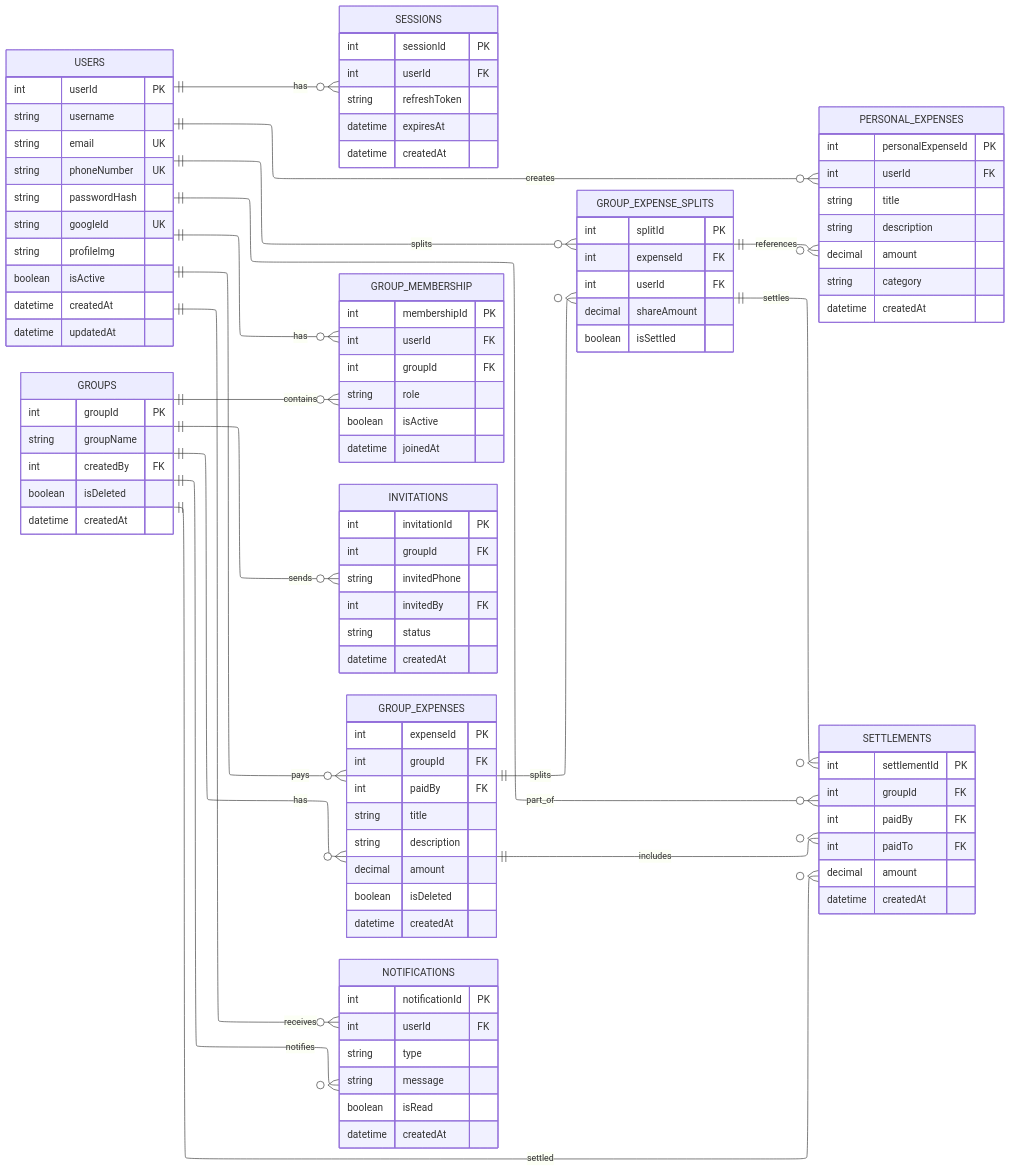
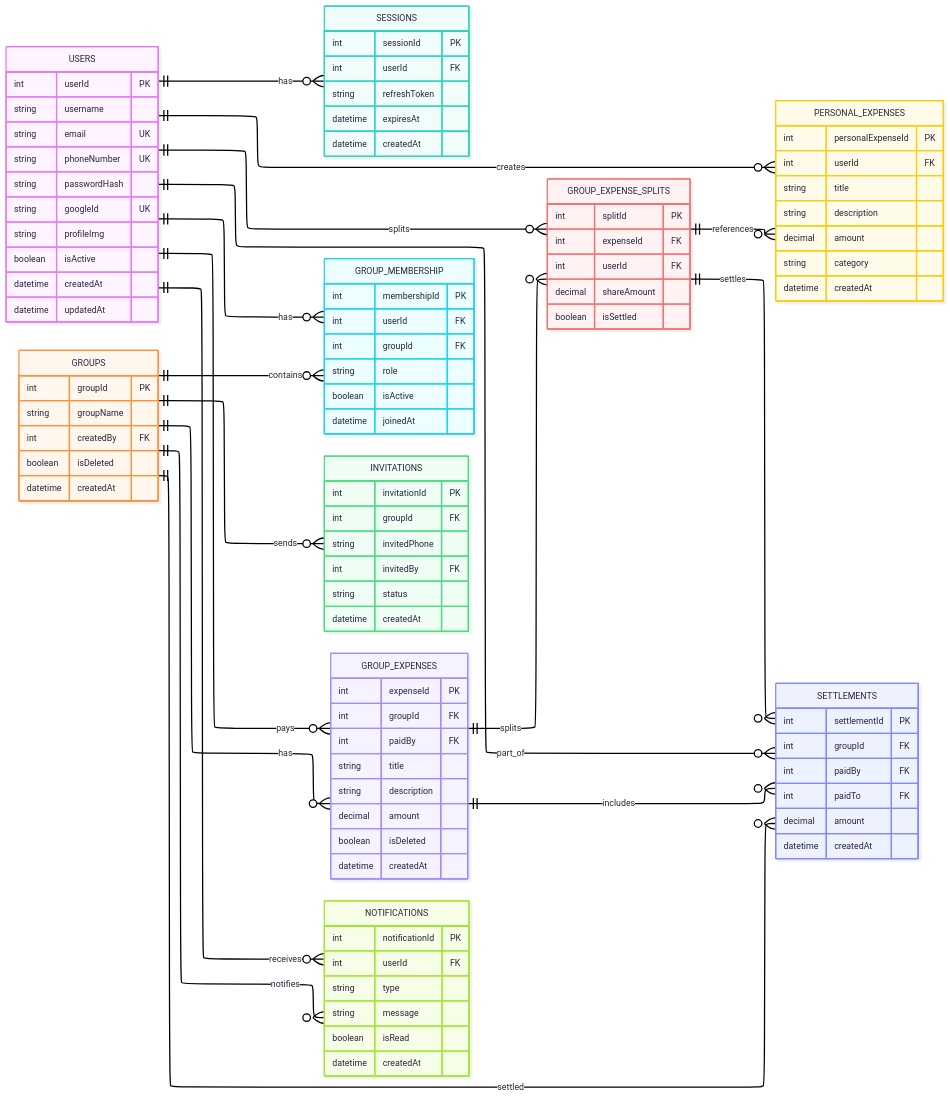
One commit to SHUBHI-KUMARI/Peer-to-Peer-Expense-Splitter-with-Debt-Simplification changed the diagram in README.md. Above: the diagram before and after it, drawn with Mermaid. The commit also changed other lines of this file and 19 other files, not shown here.

````diff
--- a/README.md
+++ b/README.md
@@ -152,6 +146,8 @@
 ---
 config:
   layout: elk
+  theme: redux-color
+  look: neo
 ---
 erDiagram
 	direction LR
@@ -265,5 +261,4 @@
 	GROUP_EXPENSES||--o{SETTLEMENTS:"includes"
 	GROUP_EXPENSE_SPLITS||--o{PERSONAL_EXPENSES:"references"
 	GROUP_EXPENSE_SPLITS||--o{SETTLEMENTS:"settles"
-
 ```
````
